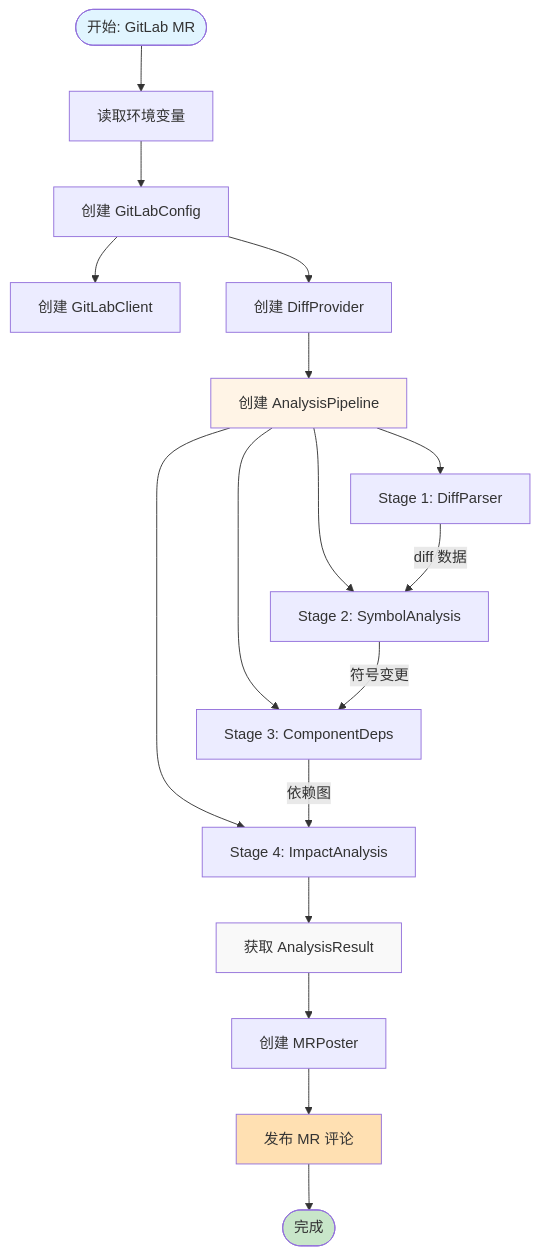
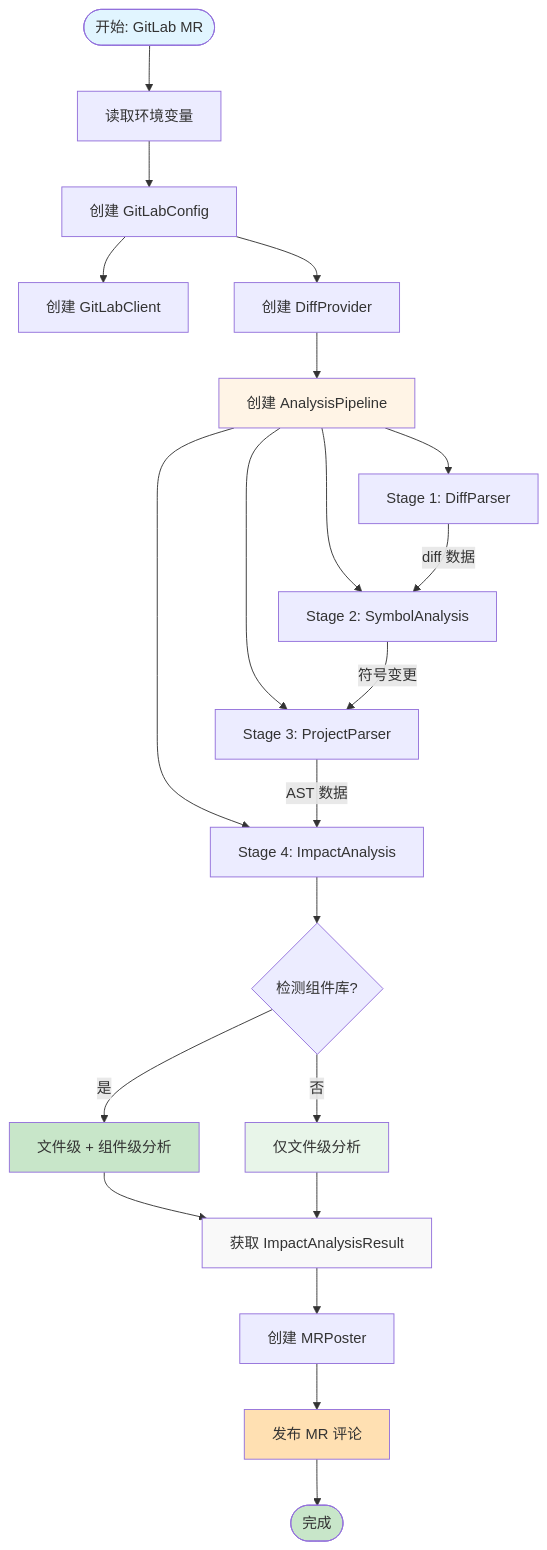
Before and after one commit to Flying-Bird1999/analyzer-ts: diagram 11 of 13 in pkg/ARCHITECTURE.md, drawn with Mermaid. The commit also changed other lines of this file and 64 other files, not shown here.

````diff
--- a/pkg/ARCHITECTURE.md
+++ b/pkg/ARCHITECTURE.md
@@ -375,30 +543,38 @@
 ```mermaid
 flowchart TD
     START([开始: GitLab MR]) --> ENV[读取环境变量]
     ENV --> CONFIG[创建 GitLabConfig]
 
     CONFIG --> CLIENT[创建 GitLabClient]
     CONFIG --> DIFF[创建 DiffProvider]
 
     DIFF --> PIPELINE[创建 AnalysisPipeline]
     PIPELINE --> S1[Stage 1: DiffParser]
     PIPELINE --> S2[Stage 2: SymbolAnalysis]
-    PIPELINE --> S3[Stage 3: ComponentDeps]
+    PIPELINE --> S3[Stage 3: ProjectParser]
     PIPELINE --> S4[Stage 4: ImpactAnalysis]
 
     S1 --> |diff 数据| S2
     S2 --> |符号变更| S3
-    S3 --> |依赖图| S4
+    S3 --> |AST 数据| S4
 
-    S4 --> RESULT[获取 AnalysisResult]
+    S4 --> DETECT{检测组件库?}
+    DETECT -->|是| BOTH[文件级 + 组件级分析]
+    DETECT -->|否| FILE_ONLY[仅文件级分析]
+
+    BOTH --> RESULT[获取 ImpactAnalysisResult]
+    FILE_ONLY --> RESULT
+
     RESULT --> POSTER[创建 MRPoster]
     POSTER --> POST[发布 MR 评论]
 
     POST --> END([完成])
 
     style START fill:#e1f5ff
     style END fill:#c8e6c9
     style PIPELINE fill:#fff4e6
     style RESULT fill:#f9f9f9
     style POST fill:#ffe0b2
+    style BOTH fill:#c8e6c9
+    style FILE_ONLY fill:#e8f5e9
 ```
````
